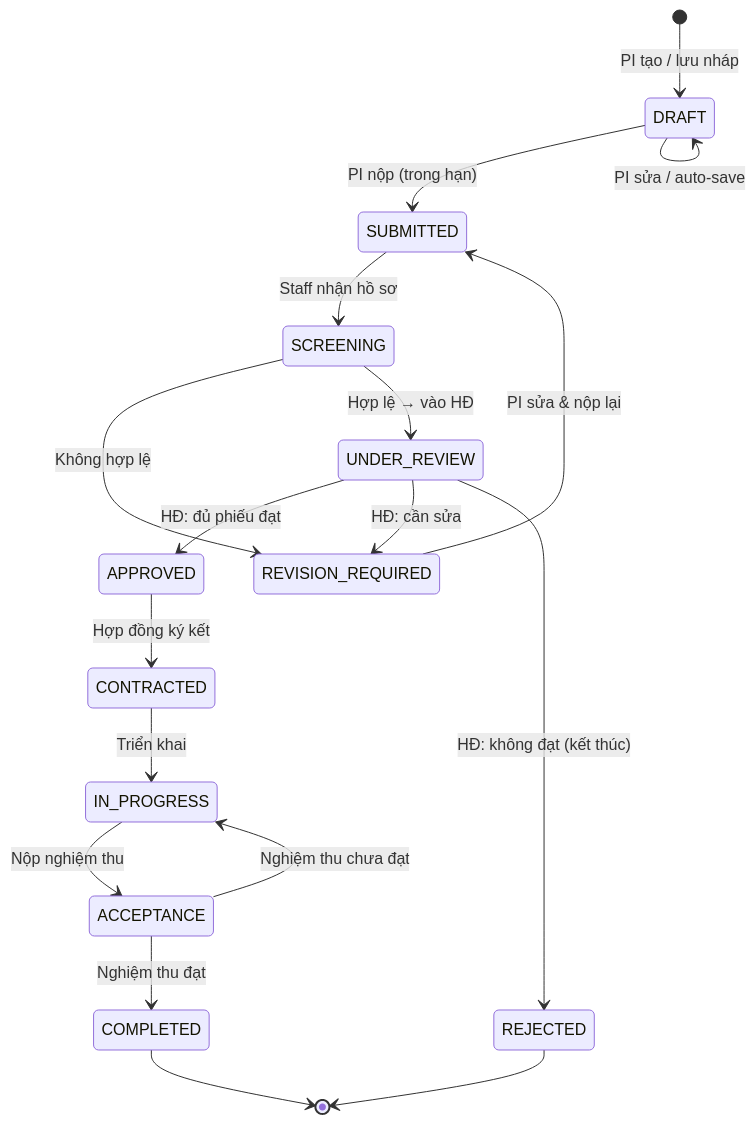
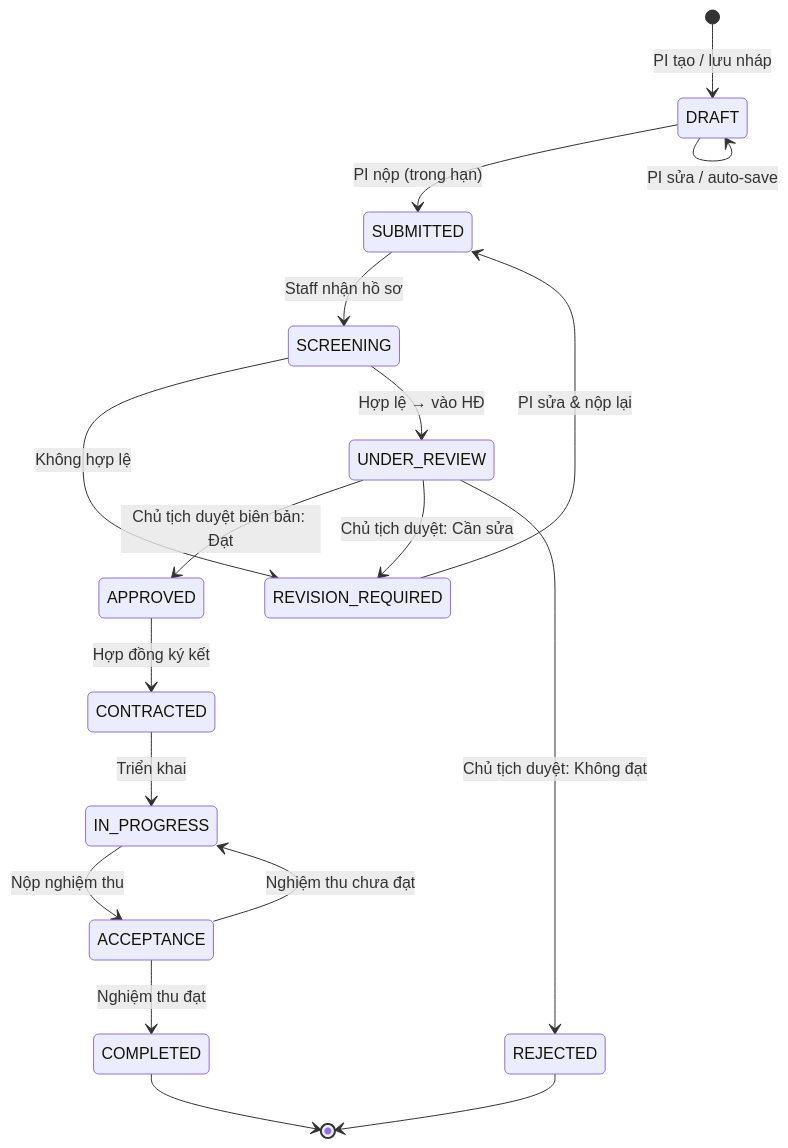
One commit to longv0208/TestSAP_quoctrung_be changed the second of 3 diagrams in docs/Process_Spec_v2.md. Above: the diagram before and after it, drawn with Mermaid. The commit also changed other lines of this file and 29 other files, not shown here.

````diff
--- a/docs/Process_Spec_v2.md
+++ b/docs/Process_Spec_v2.md
@@ -193,26 +200,26 @@
 ```mermaid
 stateDiagram-v2
     [*] --> DRAFT : PI tạo / lưu nháp
 
     DRAFT --> SUBMITTED : PI nộp (trong hạn)
     DRAFT --> DRAFT : PI sửa / auto-save
 
     SUBMITTED --> SCREENING : Staff nhận hồ sơ
     SCREENING --> REVISION_REQUIRED : Không hợp lệ
     SCREENING --> UNDER_REVIEW : Hợp lệ → vào HĐ
 
     REVISION_REQUIRED --> SUBMITTED : PI sửa & nộp lại
 
-    UNDER_REVIEW --> APPROVED : HĐ: đủ phiếu đạt
-    UNDER_REVIEW --> REVISION_REQUIRED : HĐ: cần sửa
-    UNDER_REVIEW --> REJECTED : HĐ: không đạt (kết thúc)
+    UNDER_REVIEW --> APPROVED : Chủ tịch duyệt biên bản: Đạt
+    UNDER_REVIEW --> REVISION_REQUIRED : Chủ tịch duyệt: Cần sửa
+    UNDER_REVIEW --> REJECTED : Chủ tịch duyệt: Không đạt
 
     APPROVED --> CONTRACTED : Hợp đồng ký kết
     CONTRACTED --> IN_PROGRESS : Triển khai
     IN_PROGRESS --> ACCEPTANCE : Nộp nghiệm thu
     ACCEPTANCE --> COMPLETED : Nghiệm thu đạt
     ACCEPTANCE --> IN_PROGRESS : Nghiệm thu chưa đạt
 
     REJECTED --> [*]
     COMPLETED --> [*]
 ```
````
